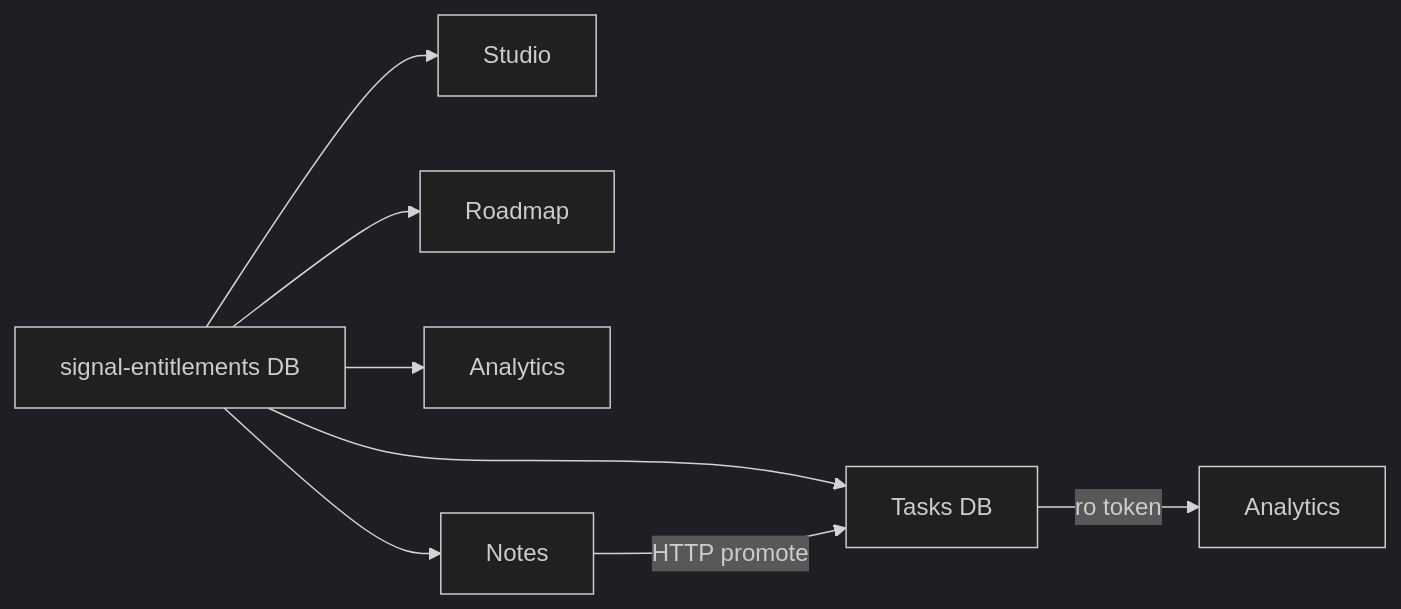
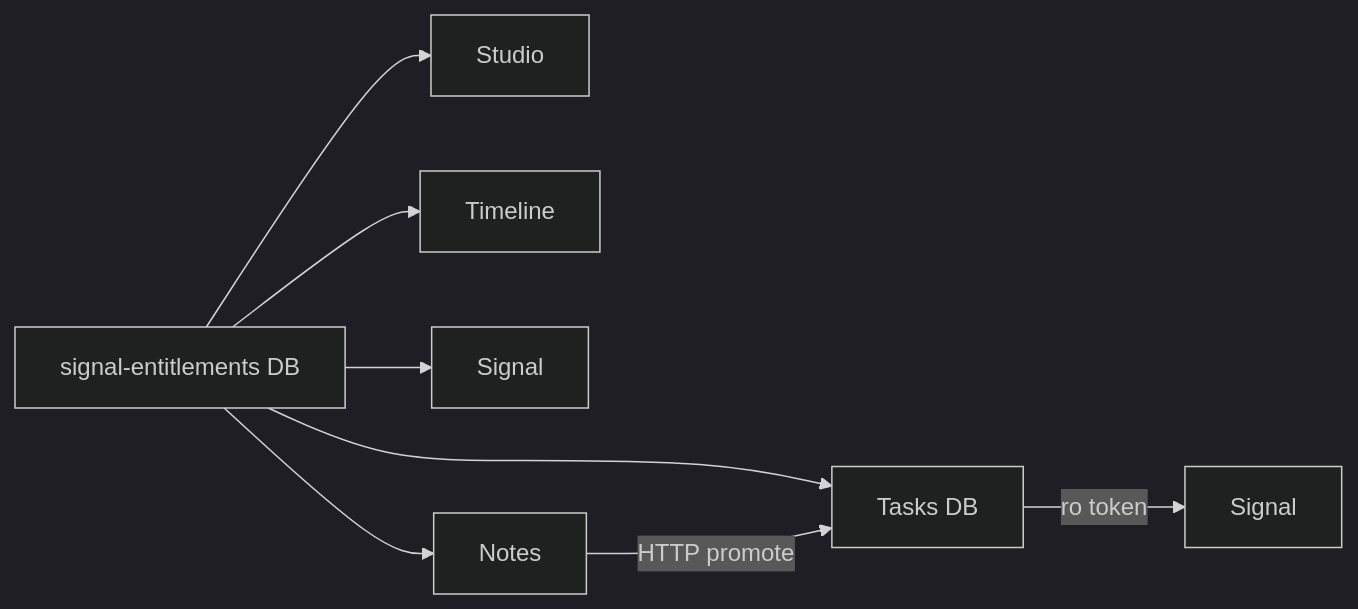
The diagram in content/atlas/turso-databases-and-reads.md (ethanmcn2013-droid/studio), drawn with Mermaid (dark theme) before and after one commit. The commit also changed other lines of this file and 193 other files, not shown here.

````diff
--- a/content/atlas/turso-databases-and-reads.md
+++ b/content/atlas/turso-databases-and-reads.md
@@ -22,10 +22,10 @@
 ```mermaid
 flowchart LR
-  T[Tasks DB] -->|ro token| A[Analytics]
+  T[Tasks DB] -->|ro token| A[Signal]
   E[signal-entitlements DB] --> ST[Studio]
   E --> T
-  E --> R[Roadmap]
-  E --> AN[Analytics]
+  E --> R[Timeline]
+  E --> AN[Signal]
   E --> N[Notes]
   N -->|HTTP promote| T
 ```
````
